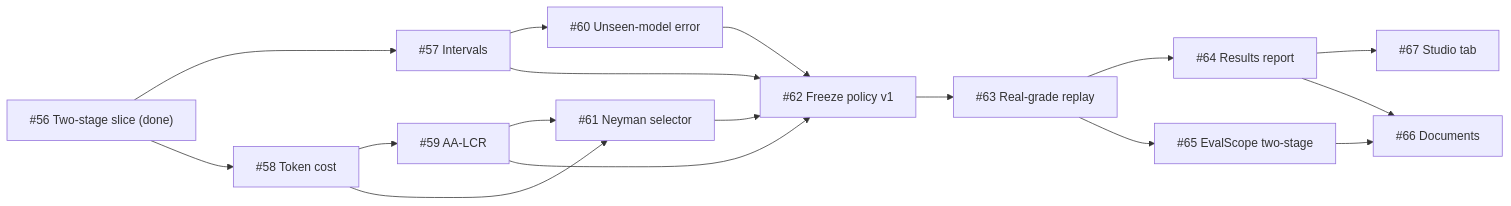
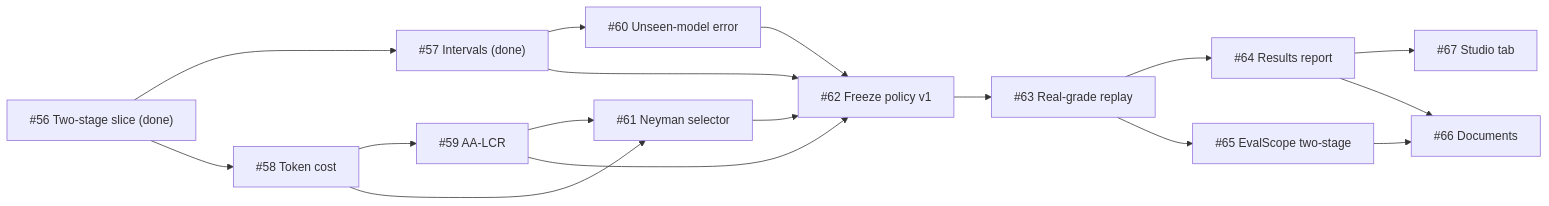
One commit to sdv1708/ai-model-benchmark changed the third of 3 diagrams in README.md. Above: the diagram before and after it, drawn with Mermaid. The commit also changed other lines of this file and 15 other files, not shown here.

````diff
--- a/README.md
+++ b/README.md
@@ -542,19 +562,19 @@
 ```mermaid
 flowchart LR
-    I56["#56 Two-stage slice (done)"] --> I57["#57 Intervals"]
+    I56["#56 Two-stage slice (done)"] --> I57["#57 Intervals (done)"]
     I56 --> I58["#58 Token cost"]
     I58 --> I59["#59 AA-LCR"]
     I57 --> I60["#60 Unseen-model error"]
     I58 --> I61["#61 Neyman selector"]
     I59 --> I61
     I57 --> I62["#62 Freeze policy v1"]
     I59 --> I62
     I60 --> I62
     I61 --> I62
     I62 --> I63["#63 Real-grade replay"]
     I63 --> I64["#64 Results report"]
     I63 --> I65["#65 EvalScope two-stage"]
     I64 --> I67["#67 Studio tab"]
     I64 --> I66["#66 Documents"]
     I65 --> I66
 ```
````
